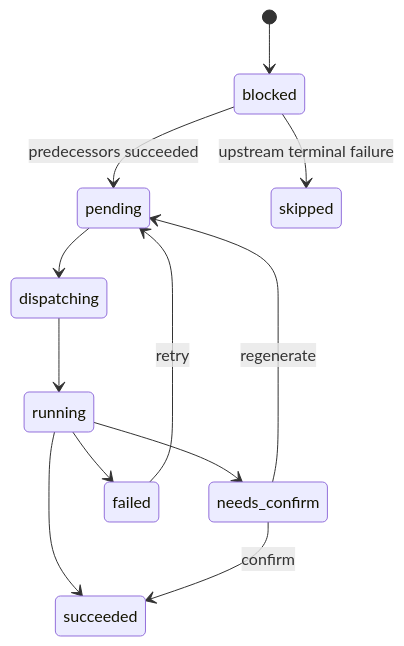
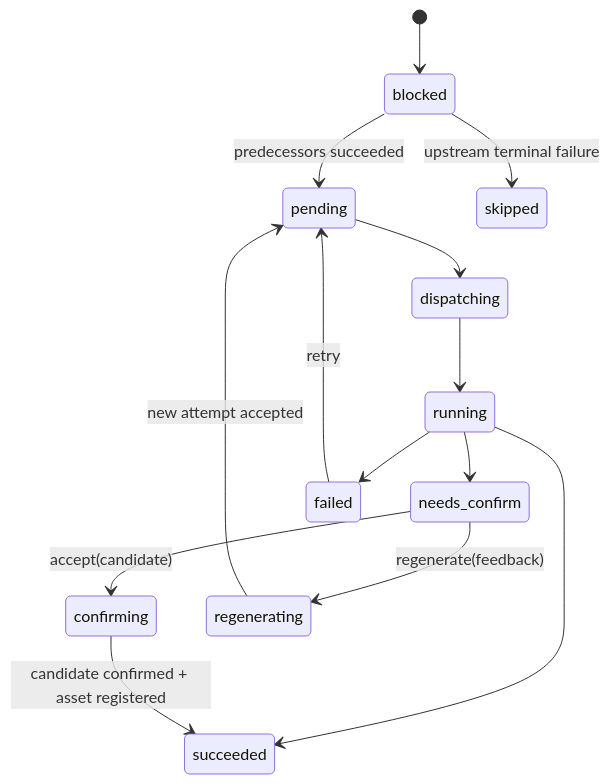
One commit to hotttao/media_agent changed the second of 2 diagrams in docs/ddd/media_workflow/workflow/0002-workflow_execution/workflow_execution.md. Above: the diagram before and after it, drawn with Mermaid. The commit also changed other lines of this file and 26 other files, not shown here.

````diff
--- a/docs/ddd/media_workflow/workflow/0002-workflow_execution/workflow_execution.md
+++ b/docs/ddd/media_workflow/workflow/0002-workflow_execution/workflow_execution.md
@@ -34,14 +43,16 @@
 ```mermaid
 stateDiagram-v2
     [*] --> blocked
     blocked --> pending: predecessors succeeded
     pending --> dispatching
     dispatching --> running
     running --> needs_confirm
     running --> succeeded
     running --> failed
-    needs_confirm --> succeeded: confirm
-    needs_confirm --> pending: regenerate
+    needs_confirm --> confirming: accept(candidate)
+    confirming --> succeeded: candidate confirmed + asset registered
+    needs_confirm --> regenerating: regenerate(feedback)
+    regenerating --> pending: new attempt accepted
     failed --> pending: retry
     blocked --> skipped: upstream terminal failure
 ```
````
